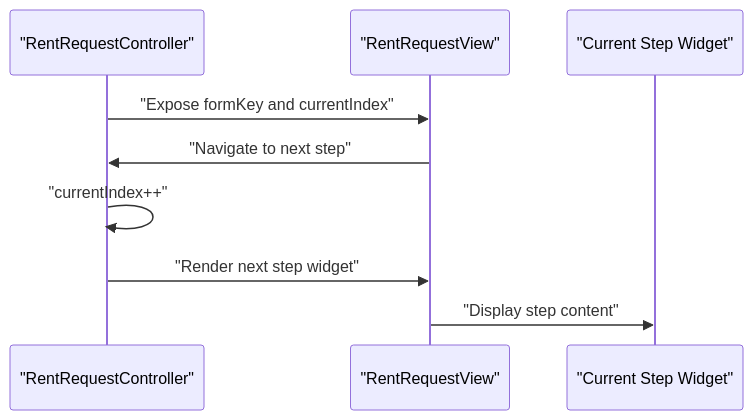
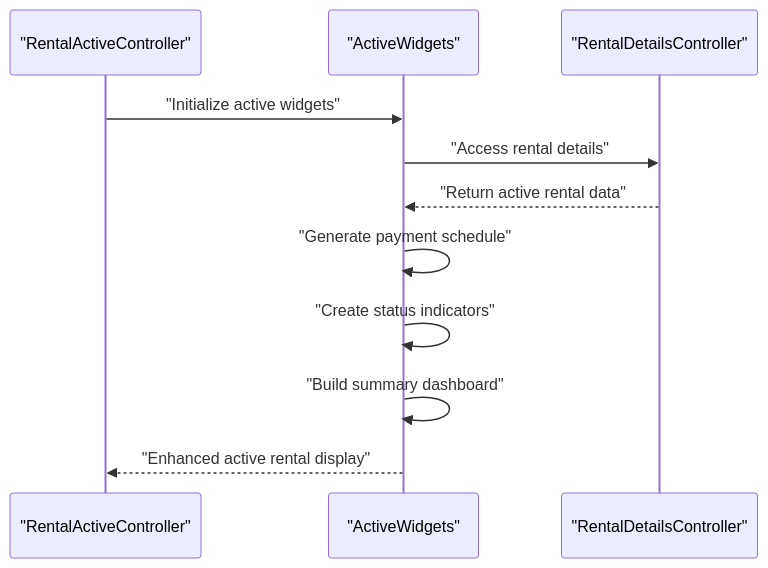
Before and after one commit to Ariful3111/FurniGo: the seventh of 8 diagrams in .qoder/repowiki/en/content/Business Operations/Rental System.md, drawn with Mermaid. The commit also changed other lines of this file and 9 other files, not shown here.

````diff
--- a/.qoder/repowiki/en/content/Business Operations/Rental System.md
+++ b/.qoder/repowiki/en/content/Business Operations/Rental System.md
@@ -399,11 +386,13 @@
 ```mermaid
 sequenceDiagram
-participant RRC as "RentRequestController"
-participant UI as "RentRequestView"
-participant Step as "Current Step Widget"
-RRC->>UI : "Expose formKey and currentIndex"
-UI->>RRC : "Navigate to next step"
-RRC->>RRC : "currentIndex++"
-RRC->>UI : "Render next step widget"
-UI->>Step : "Display step content"
+participant RAC as "RentalActiveController"
+participant RAW as "ActiveWidgets"
+participant RDC as "RentalDetailsController"
+RAC->>RAW : "Initialize active widgets"
+RAW->>RDC : "Access rental details"
+RDC-->>RAW : "Return active rental data"
+RAW->>RAW : "Generate payment schedule"
+RAW->>RAW : "Create status indicators"
+RAW->>RAW : "Build summary dashboard"
+RAW-->>RAC : "Enhanced active rental display"
 ```
````
